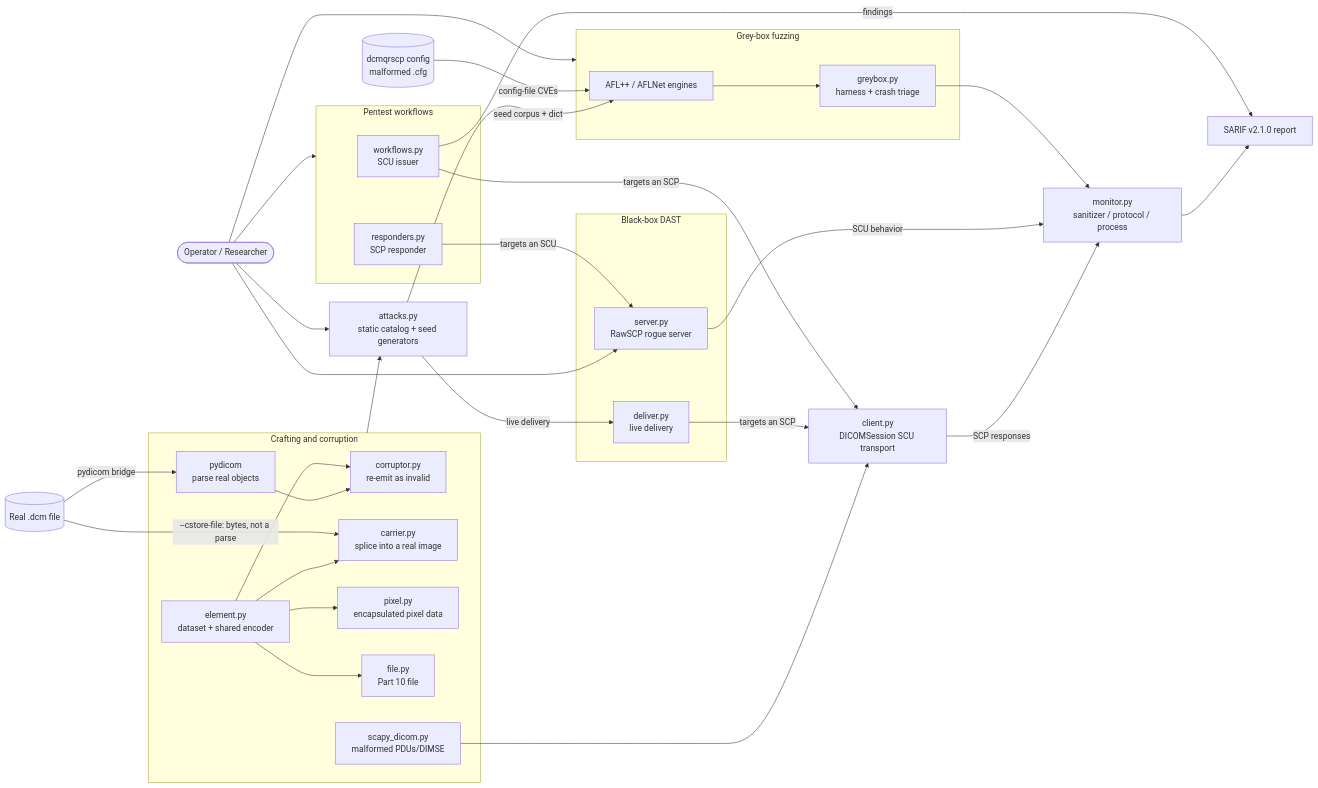
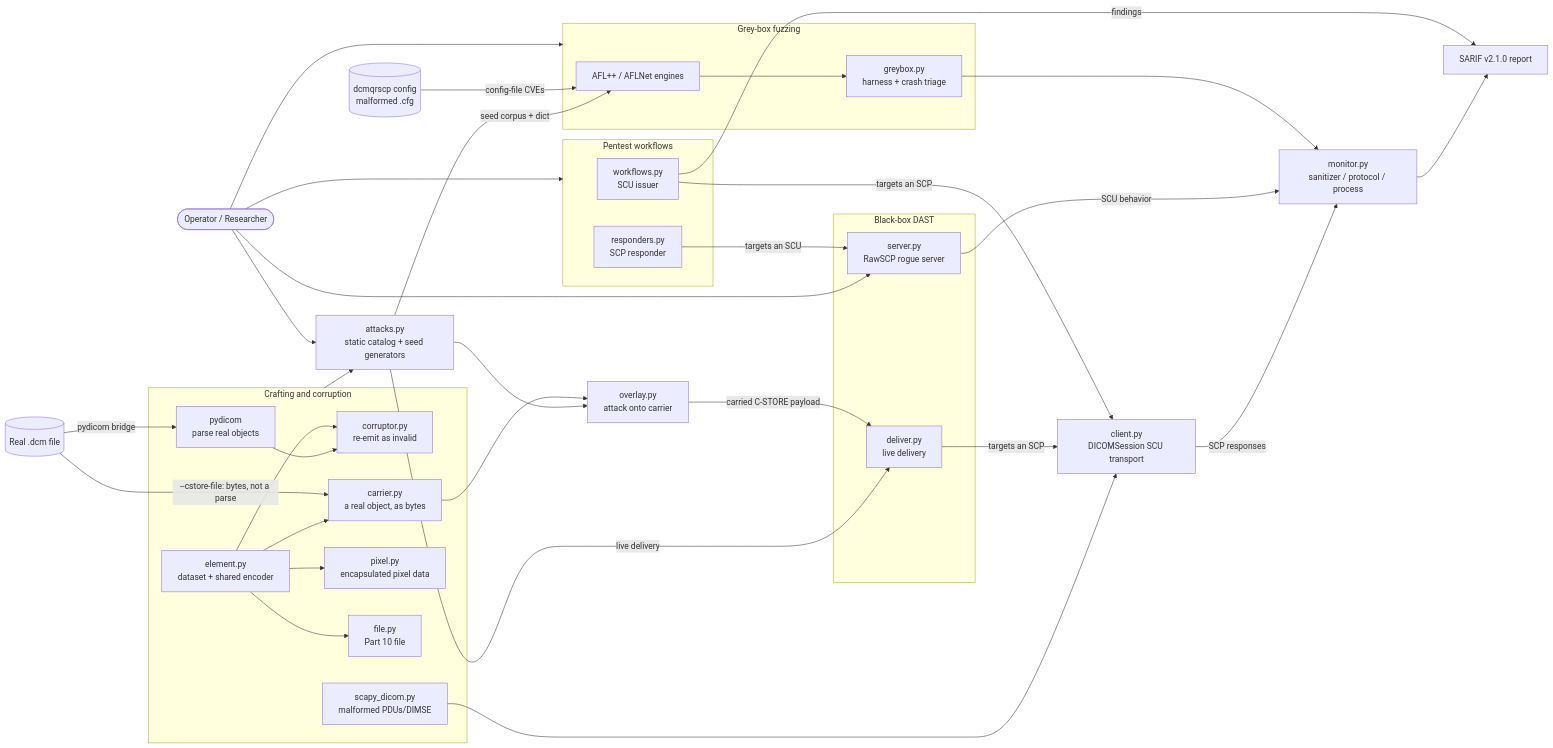
The diagram in README.md (tmart234/C-SCARE), drawn with Mermaid before and after one commit. The commit also changed 7 other files, not shown here.

````diff
--- a/README.md
+++ b/README.md
@@ -30,64 +30,71 @@
 ```mermaid
 flowchart LR
     OP([Operator / Researcher])
 
     %% ---- External inputs ----
     REALDCM[(Real .dcm file)]
     CFG[(dcmqrscp config<br/>malformed .cfg)]
 
     %% ---- Crafting & corruption primitives ----
     subgraph CRAFT [Crafting and corruption]
         PYDICOM[pydicom<br/>parse real objects]
         CORRUPTOR[corruptor.py<br/>re-emit as invalid]
-        CARRIER[carrier.py<br/>splice into a real image]
+        CARRIER[carrier.py<br/>a real object, as bytes]
         ELEMENT[element.py<br/>dataset + shared encoder]
         PIXEL[pixel.py<br/>encapsulated pixel data]
         FILE[file.py<br/>Part 10 file]
         SCAPY[scapy_dicom.py<br/>malformed PDUs/DIMSE]
         PYDICOM --> CORRUPTOR
         ELEMENT --> CARRIER
         ELEMENT --> CORRUPTOR & PIXEL & FILE
     end
 
     REALDCM -->|pydicom bridge| PYDICOM
     REALDCM -->|--cstore-file: bytes, not a parse| CARRIER
 
     CATALOG[attacks.py<br/>static catalog + seed generators]
     CRAFT --> CATALOG
+
+    %% The seam: an attack plus a real object, spliced into one storable
+    %% payload. Neither side knows the other's vocabulary.
+    OVERLAY[overlay.py<br/>attack onto carrier]
+    CATALOG --> OVERLAY
+    CARRIER --> OVERLAY
 
     %% ---- Three testing pillars ----
     subgraph WF [Pentest workflows]
         ISSUER[workflows.py<br/>SCU issuer]
         RESPONDER[responders.py<br/>SCP responder]
     end
     subgraph DAST [Black-box DAST]
         DELIVER[deliver.py<br/>live delivery]
         ROGUE[server.py<br/>RawSCP rogue server]
     end
     subgraph GB [Grey-box fuzzing]
         AFL[AFL++ / AFLNet engines]
         BRIDGE[greybox.py<br/>harness + crash triage]
     end
 
     CLIENT[client.py<br/>DICOMSession SCU transport]
     SCAPY --> CLIENT
 
     OP --> CATALOG & WF & ROGUE & GB
     CATALOG -->|live delivery| DELIVER
+    OVERLAY -->|carried C-STORE payload| DELIVER
     CATALOG -->|seed corpus + dict| AFL
     CFG -->|config-file CVEs| AFL
 
     %% Targeting a server (SCP): DAST delivery and issuer workflows share the
     %% SCU transport; targeting a client (SCU): the rogue server.
     DELIVER & ISSUER -->|targets an SCP| CLIENT
     RESPONDER -->|targets an SCU| ROGUE
     AFL --> BRIDGE
 
     %% ---- Observation + reporting ----
     MONITOR[monitor.py<br/>sanitizer / protocol / process]
     CLIENT -->|SCP responses| MONITOR
     ROGUE -->|SCU behavior| MONITOR
     BRIDGE --> MONITOR
     MONITOR --> SARIF[SARIF v2.1.0 report]
     ISSUER -->|findings| SARIF
 ```
````
